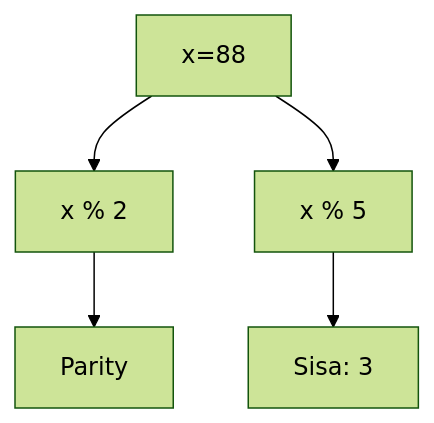
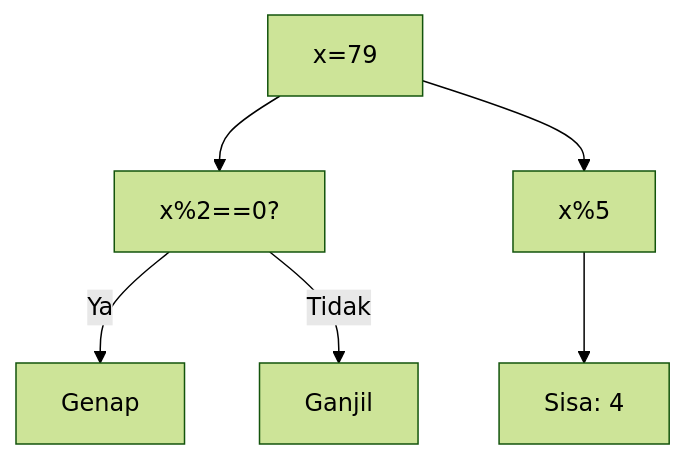
Diagram 11 of 25 in part-c-pemahaman-cpp/05-rekursi/latihan/set-01.md (amnahwaida/OSNK_INF_PREP), drawn with Mermaid (forest theme) before and after one commit. The commit also changed other lines of this file and 71 other files, not shown here.

Commit message:
Fixed Mermaid syntax lexical errors with quoted labels in 1,800 questions

````diff
--- a/part-c-pemahaman-cpp/05-rekursi/latihan/set-01.md
+++ b/part-c-pemahaman-cpp/05-rekursi/latihan/set-01.md
@@ -178,7 +344,8 @@
 ```mermaid
 graph TD
-A[x=88] --> B[x % 2]
-B --> C[Parity]
-A --> D[x % 5]
-D --> E[Sisa: 3]
+A["x=79"] --> B["x%2==0?"]
+B -- Ya --> C["Genap"]
+B -- Tidak --> D["Ganjil"]
+A --> E["x%5"]
+E --> F["Sisa: 4"]
 ```
````
